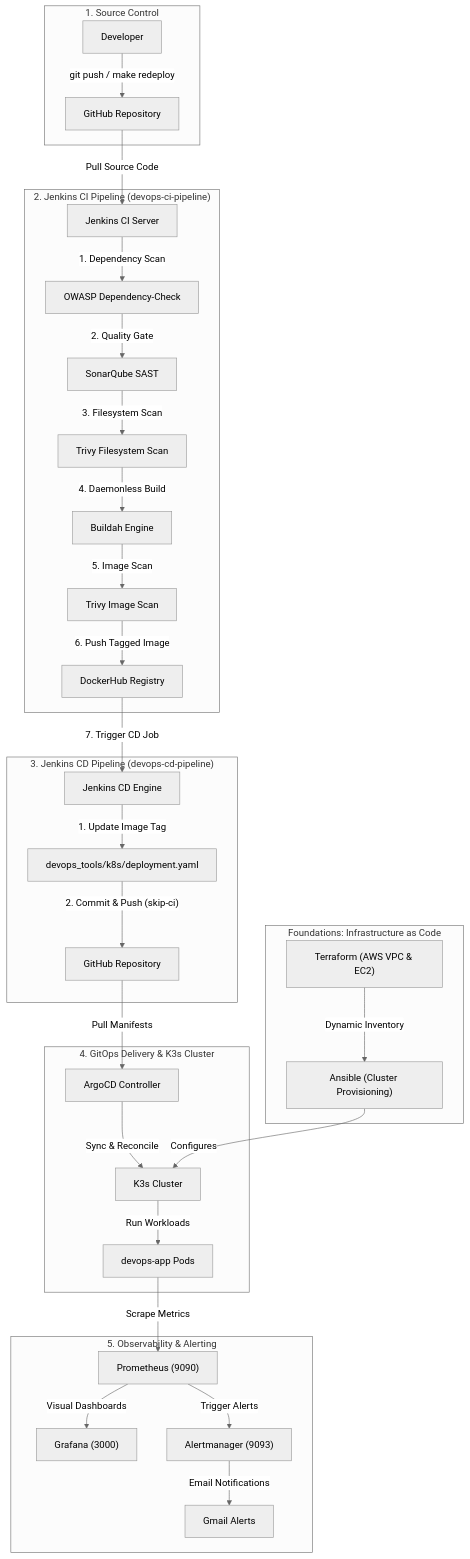
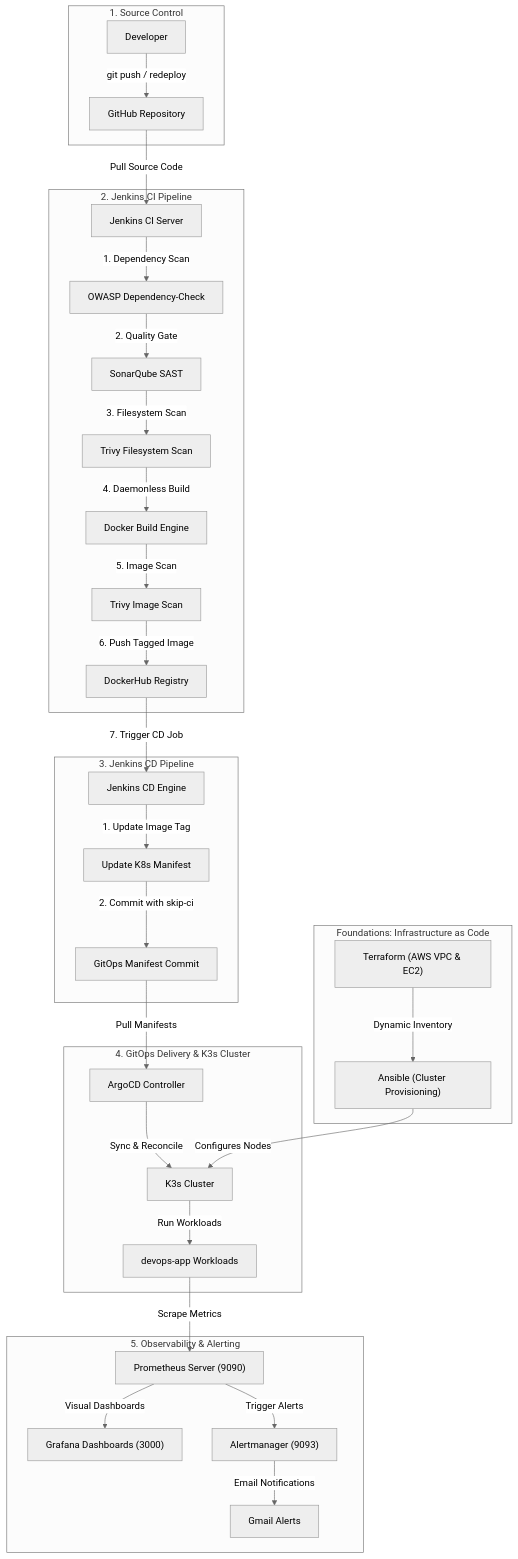
One commit to aniket-singh-04/devops-gitops-cloud-platform changed the diagram in README.md. Above: the diagram before and after it, drawn with Mermaid (neutral theme).

Commit message:
fix(docs): restructure Mermaid diagram for 100% GitHub UI compatibility

````diff
--- a/README.md
+++ b/README.md
@@ -11,40 +11,73 @@
 ```mermaid
-flowchart TD
-    subgraph SCM ["1. Source Control"]
-        Dev["Developer"] -->|"git push / make redeploy"| GH["GitHub Repository"]
+graph TD
+    subgraph SCM["1. Source Control"]
+        Dev["Developer"]
+        GH["GitHub Repository"]
     end
 
-    subgraph CI ["2. Jenkins CI Pipeline (devops-ci-pipeline)"]
-        GH -->|"Pull Source Code"| JCI["Jenkins CI Server"]
-        JCI -->|"1. Dependency Scan"| OWASP["OWASP Dependency-Check"]
-        OWASP -->|"2. Quality Gate"| Sonar["SonarQube SAST"]
-        Sonar -->|"3. Filesystem Scan"| TrivyFS["Trivy Filesystem Scan"]
-        TrivyFS -->|"4. Daemonless Build"| DBuild["Buildah Engine"]
-        DBuild -->|"5. Image Scan"| TrivyImg["Trivy Image Scan"]
-        TrivyImg -->|"6. Push Tagged Image"| DReg["DockerHub Registry"]
+    subgraph CI["2. Jenkins CI Pipeline"]
+        JCI["Jenkins CI Server"]
+        OWASP["OWASP Dependency-Check"]
+        Sonar["SonarQube SAST"]
+        TrivyFS["Trivy Filesystem Scan"]
+        DBuild["Docker Build Engine"]
+        TrivyImg["Trivy Image Scan"]
+        DReg["DockerHub Registry"]
     end
 
-    subgraph CD ["3. Jenkins CD Pipeline (devops-cd-pipeline)"]
-        DReg -->|"7. Trigger CD Job"| JCD["Jenkins CD Engine"]
-        JCD -->|"1. Update Image Tag"| Manifest["devops_tools/k8s/deployment.yaml"]
-        Manifest -->|"2. Commit & Push (skip-ci)"| GHCD["GitHub Repository"]
+    subgraph CD["3. Jenkins CD Pipeline"]
+        JCD["Jenkins CD Engine"]
+        Manifest["Update K8s Manifest"]
+        GHCD["GitOps Manifest Commit"]
     end
 
-    subgraph GitOps ["4. GitOps Delivery & K3s Cluster"]
-        GHCD -->|"Pull Manifests"| Argo["ArgoCD Controller"]
-        Argo -->|"Sync & Reconcile"| K8s["K3s Cluster"]
-        K8s -->|"Run Workloads"| Pods["devops-app Pods"]
+    subgraph GitOps["4. GitOps Delivery & K3s Cluster"]
+        Argo["ArgoCD Controller"]
+        K8s["K3s Cluster"]
+        Pods["devops-app Workloads"]
     end
 
-    subgraph Observability ["5. Observability & Alerting"]
-        Pods -->|"Scrape Metrics"| Prom["Prometheus (9090)"]
-        Prom -->|"Visual Dashboards"| Graf["Grafana (3000)"]
-        Prom -->|"Trigger Alerts"| AlertM["Alertmanager (9093)"]
-        AlertM -->|"Email Notifications"| Email["Gmail Alerts"]
+    subgraph Observability["5. Observability & Alerting"]
+        Prom["Prometheus Server (9090)"]
+        Graf["Grafana Dashboards (3000)"]
+        AlertM["Alertmanager (9093)"]
+        Email["Gmail Alerts"]
     end
 
-    subgraph Infra ["Foundations: Infrastructure as Code"]
-        TF["Terraform (AWS VPC & EC2)"] -->|"Dynamic Inventory"| Ans["Ansible (Cluster Provisioning)"]
-        Ans -->|"Configures"| K8s
+    subgraph Infra["Foundations: Infrastructure as Code"]
+        TF["Terraform (AWS VPC & EC2)"]
+        Ans["Ansible (Cluster Provisioning)"]
     end
+
+    %% SCM Flow
+    Dev -->|git push / redeploy| GH
+
+    %% CI Flow
+    GH -->|Pull Source Code| JCI
+    JCI -->|1. Dependency Scan| OWASP
+    OWASP -->|2. Quality Gate| Sonar
+    Sonar -->|3. Filesystem Scan| TrivyFS
+    TrivyFS -->|4. Daemonless Build| DBuild
+    DBuild -->|5. Image Scan| TrivyImg
+    TrivyImg -->|6. Push Tagged Image| DReg
+
+    %% CD Flow
+    DReg -->|7. Trigger CD Job| JCD
+    JCD -->|1. Update Image Tag| Manifest
+    Manifest -->|2. Commit with skip-ci| GHCD
+
+    %% GitOps Flow
+    GHCD -->|Pull Manifests| Argo
+    Argo -->|Sync & Reconcile| K8s
+    K8s -->|Run Workloads| Pods
+
+    %% Observability Flow
+    Pods -->|Scrape Metrics| Prom
+    Prom -->|Visual Dashboards| Graf
+    Prom -->|Trigger Alerts| AlertM
+    AlertM -->|Email Notifications| Email
+
+    %% Infra Flow
+    TF -->|Dynamic Inventory| Ans
+    Ans -->|Configures Nodes| K8s
 ```
````
